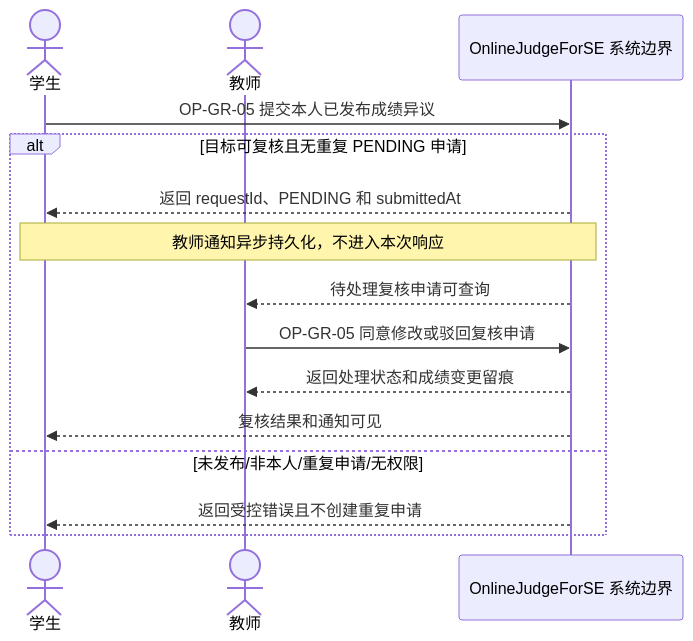
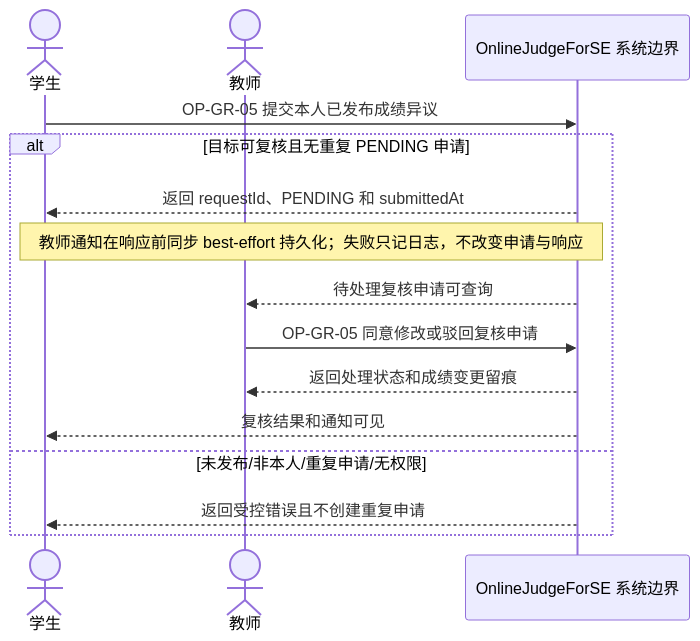
One commit to Cr4zyorange/OnlineJudge changed the diagram in docs/diagrams/srs/fig_4_22_grade_review_ssd.mmd. Above: the diagram before and after it, drawn with Mermaid. The commit also changed 5 other files, not shown here.

```diff
--- a/docs/diagrams/srs/fig_4_22_grade_review_ssd.mmd
+++ b/docs/diagrams/srs/fig_4_22_grade_review_ssd.mmd
@@ -1,15 +1,15 @@
 sequenceDiagram
   actor Student as 学生
   actor Teacher as 教师
   participant System as OnlineJudgeForSE 系统边界
   Student->>System: OP-GR-05 提交本人已发布成绩异议
   alt 目标可复核且无重复 PENDING 申请
     System-->>Student: 返回 requestId、PENDING 和 submittedAt
-    Note over Student,System: 教师通知异步持久化，不进入本次响应
+    Note over Student,System: 教师通知在响应前同步 best-effort 持久化；失败只记日志，不改变申请与响应
     System-->>Teacher: 待处理复核申请可查询
     Teacher->>System: OP-GR-05 同意修改或驳回复核申请
     System-->>Teacher: 返回处理状态和成绩变更留痕
     System-->>Student: 复核结果和通知可见
   else 未发布/非本人/重复申请/无权限
     System-->>Student: 返回受控错误且不创建重复申请
   end
```
